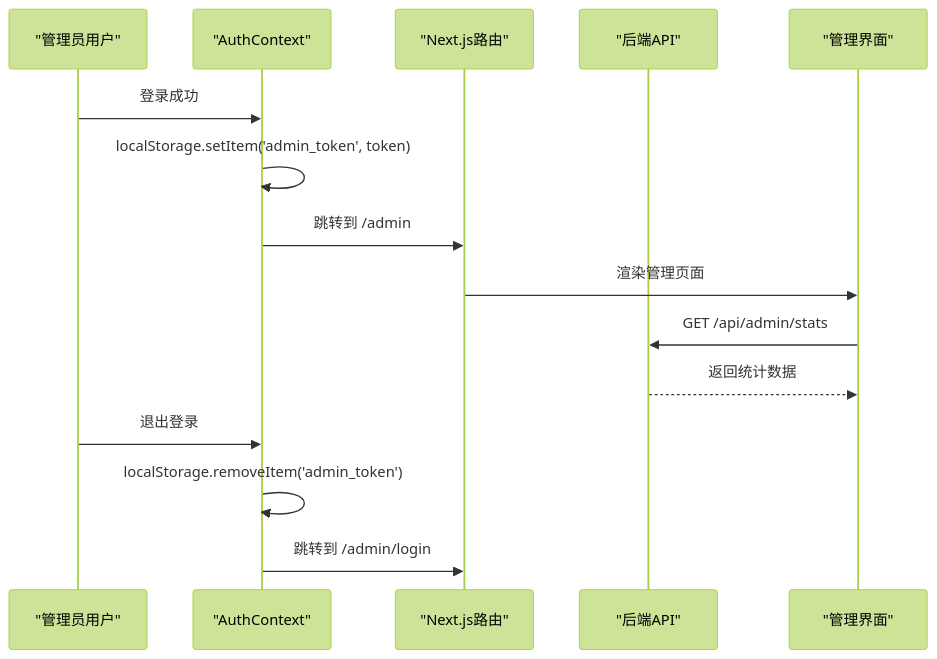
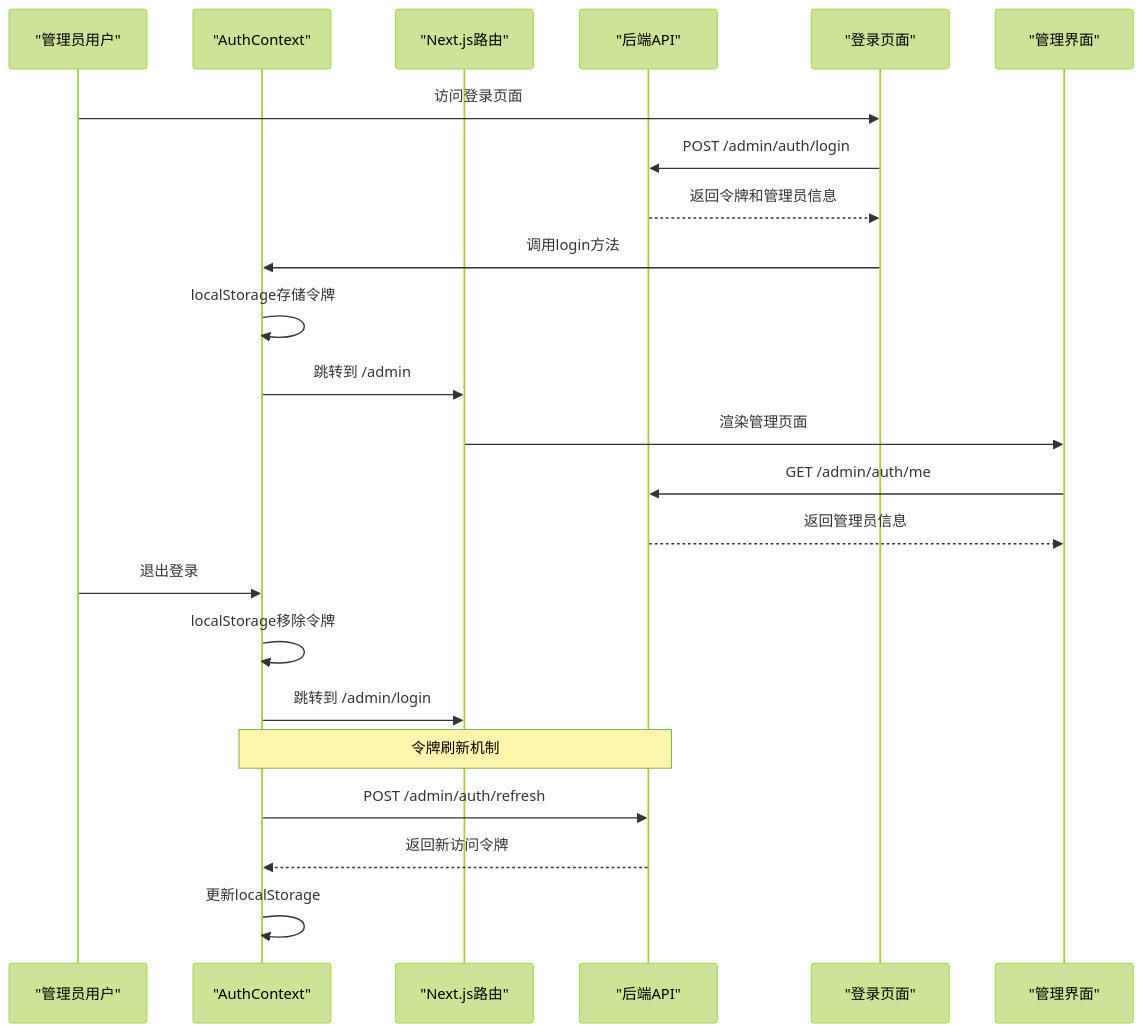
One commit to KunLabAI/KunFlix changed the sixth of 8 diagrams in .qoder/repowiki/zh/content/后端开发指南/API路由系统/管理员管理API.md. Above: the diagram before and after it, drawn with Mermaid (forest theme). The commit also changed other lines of this file and 4 other files, not shown here.

````diff
--- a/.qoder/repowiki/zh/content/后端开发指南/API路由系统/管理员管理API.md
+++ b/.qoder/repowiki/zh/content/后端开发指南/API路由系统/管理员管理API.md
@@ -300,17 +374,25 @@
 ```mermaid
 sequenceDiagram
 participant User as "管理员用户"
 participant Auth as "AuthContext"
 participant Router as "Next.js路由"
 participant API as "后端API"
+participant Login as "登录页面"
 participant UI as "管理界面"
-User->>Auth : 登录成功
-Auth->>Auth : localStorage.setItem('admin_token', token)
+User->>Login : 访问登录页面
+Login->>API : POST /admin/auth/login
+API-->>Login : 返回令牌和管理员信息
+Login->>Auth : 调用login方法
+Auth->>Auth : localStorage存储令牌
 Auth->>Router : 跳转到 /admin
 Router->>UI : 渲染管理页面
-UI->>API : GET /api/admin/stats
-API-->>UI : 返回统计数据
+UI->>API : GET /admin/auth/me
+API-->>UI : 返回管理员信息
 User->>Auth : 退出登录
-Auth->>Auth : localStorage.removeItem('admin_token')
+Auth->>Auth : localStorage移除令牌
 Auth->>Router : 跳转到 /admin/login
+Note over Auth,API : 令牌刷新机制
+Auth->>API : POST /admin/auth/refresh
+API-->>Auth : 返回新访问令牌
+Auth->>Auth : 更新localStorage
 ```
````
